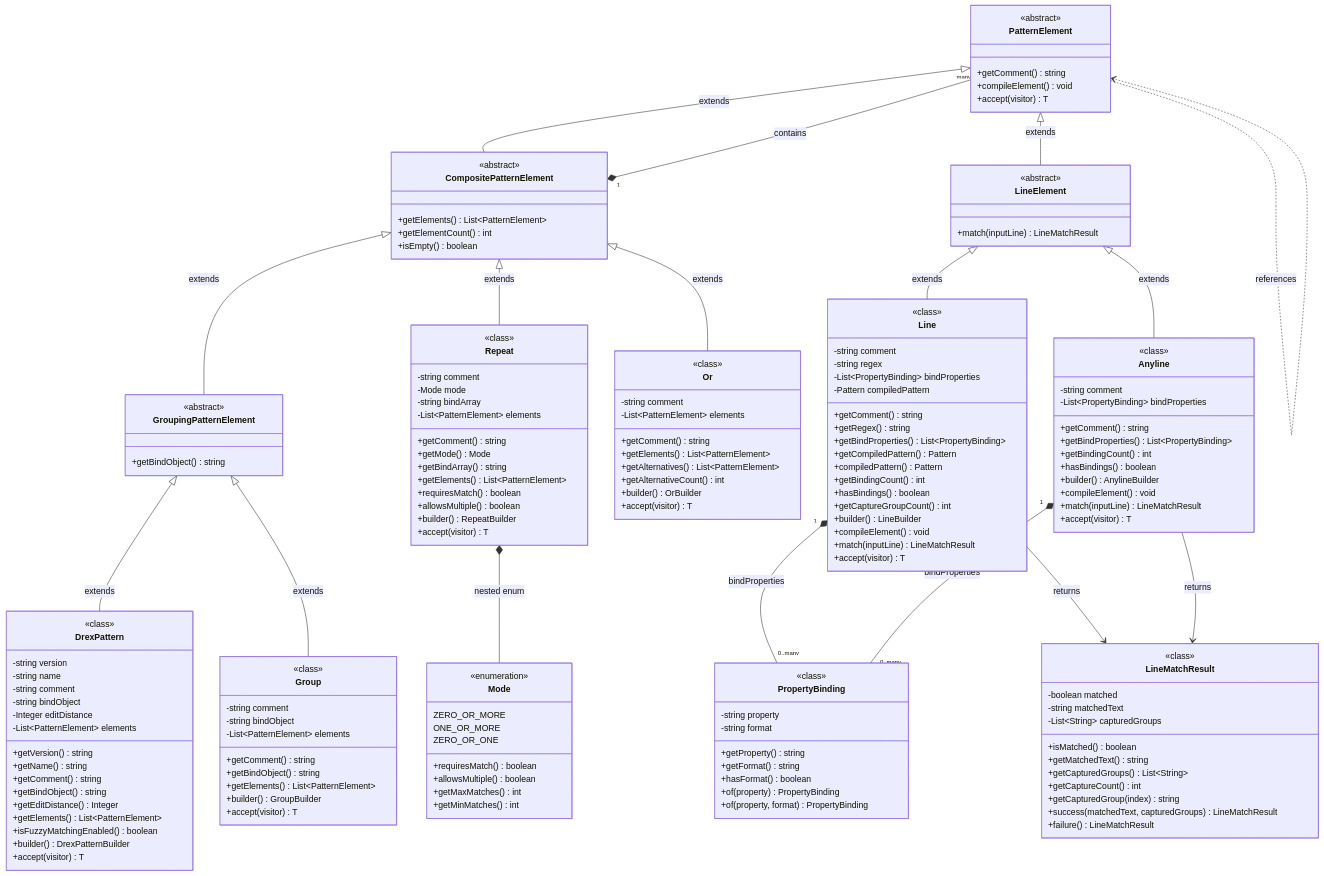
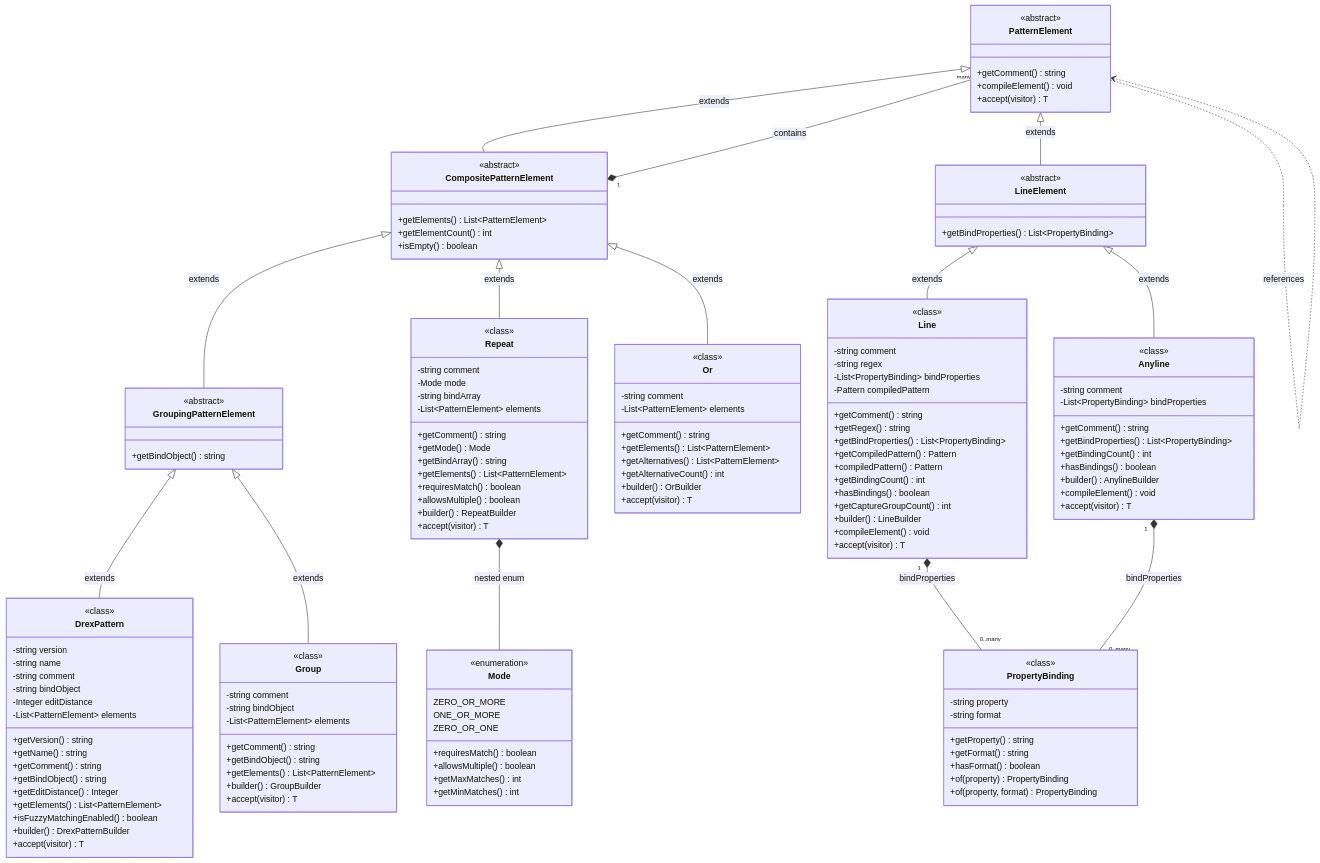
The diagram in docs/pattern_classes.mermaid (evillrich/drex-java), drawn with Mermaid before and after one commit. The commit also changed 4 other files, not shown here.

Commit message:
remove getCompilePattern from LineElement LineMatchResult class

```diff
--- a/docs/pattern_classes.mermaid
+++ b/docs/pattern_classes.mermaid
@@ -1,180 +1,163 @@
 classDiagram
     class PatternElement {
         <<abstract>>
         +getComment() string
         +compileElement() void
         +accept(visitor) T
     }
 
     class CompositePatternElement {
         <<abstract>>
         +getElements() List~PatternElement~
         +getElementCount() int
         +isEmpty() boolean
     }
 
     class GroupingPatternElement {
         <<abstract>>
         +getBindObject() string
     }
 
     class LineElement {
         <<abstract>>
-        +match(inputLine) LineMatchResult
+        +getBindProperties() List~PropertyBinding~
     }
 
     class DrexPattern {
         <<class>>
         -string version
         -string name  
         -string comment
         -string bindObject
         -Integer editDistance
         -List~PatternElement~ elements
         +getVersion() string
         +getName() string
         +getComment() string
         +getBindObject() string
         +getEditDistance() Integer
         +getElements() List~PatternElement~
         +isFuzzyMatchingEnabled() boolean
         +builder() DrexPatternBuilder
         +accept(visitor) T
     }
 
     class Group {
         <<class>>
         -string comment
         -string bindObject
         -List~PatternElement~ elements
         +getComment() string
         +getBindObject() string
         +getElements() List~PatternElement~
         +builder() GroupBuilder
         +accept(visitor) T
     }
 
     class Repeat {
         <<class>>
         -string comment
         -Mode mode
         -string bindArray
         -List~PatternElement~ elements
         +getComment() string
         +getMode() Mode
         +getBindArray() string
         +getElements() List~PatternElement~
         +requiresMatch() boolean
         +allowsMultiple() boolean
         +builder() RepeatBuilder
         +accept(visitor) T
     }
 
     class Or {
         <<class>>
         -string comment
         -List~PatternElement~ elements
         +getComment() string
         +getElements() List~PatternElement~
         +getAlternatives() List~PatternElement~
         +getAlternativeCount() int
         +builder() OrBuilder
         +accept(visitor) T
     }
 
     class Line {
         <<class>>
         -string comment
         -string regex
         -List~PropertyBinding~ bindProperties
         -Pattern compiledPattern
         +getComment() string
         +getRegex() string
         +getBindProperties() List~PropertyBinding~
         +getCompiledPattern() Pattern
         +compiledPattern() Pattern
         +getBindingCount() int
         +hasBindings() boolean
         +getCaptureGroupCount() int
         +builder() LineBuilder
         +compileElement() void
-        +match(inputLine) LineMatchResult
         +accept(visitor) T
     }
 
     class Anyline {
         <<class>>
         -string comment
         -List~PropertyBinding~ bindProperties
         +getComment() string
         +getBindProperties() List~PropertyBinding~
         +getBindingCount() int
         +hasBindings() boolean
         +builder() AnylineBuilder
         +compileElement() void
-        +match(inputLine) LineMatchResult
         +accept(visitor) T
     }
 
     class Mode {
         <<enumeration>>
         ZERO_OR_MORE
         ONE_OR_MORE
         ZERO_OR_ONE
         +requiresMatch() boolean
         +allowsMultiple() boolean
         +getMaxMatches() int
         +getMinMatches() int
     }
 
     class PropertyBinding {
         <<class>>
         -string property
         -string format
         +getProperty() string
         +getFormat() string
         +hasFormat() boolean
         +of(property) PropertyBinding
         +of(property, format) PropertyBinding
     }
 
-    class LineMatchResult {
-        <<class>>
-        -boolean matched
-        -string matchedText
-        -List~String~ capturedGroups
-        +isMatched() boolean
-        +getMatchedText() string
-        +getCapturedGroups() List~String~
-        +getCaptureCount() int
-        +getCapturedGroup(index) string
-        +success(matchedText, capturedGroups) LineMatchResult
-        +failure() LineMatchResult
-    }
 
 %% Relationships
     PatternElement <|-- CompositePatternElement : extends
     PatternElement <|-- LineElement : extends
 
     CompositePatternElement <|-- GroupingPatternElement : extends
     GroupingPatternElement <|-- DrexPattern : extends
     GroupingPatternElement <|-- Group : extends
 
     CompositePatternElement <|-- Repeat : extends
     CompositePatternElement <|-- Or : extends
 
     LineElement <|-- Line : extends
     LineElement <|-- Anyline : extends
 
     CompositePatternElement "1" *-- "many" PatternElement : contains
 
     Repeat *-- Mode : nested enum
     Line "1" *-- "0..many" PropertyBinding : bindProperties
     Anyline "1" *-- "0..many" PropertyBinding : bindProperties
-    Line --> LineMatchResult : returns
-    Anyline --> LineMatchResult : returns
 
 %% Self-referencing for recursive structure
     PatternElement ..> PatternElement : references
 
 %% Note: compiledPattern in Line is lazily initialized on first access
```
